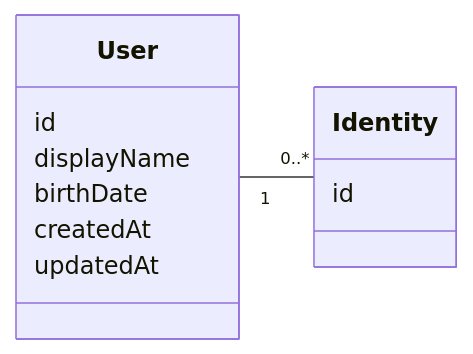
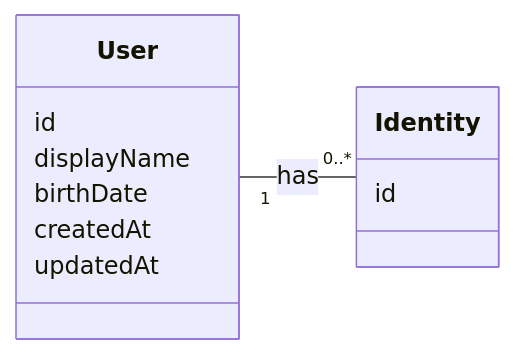
One commit to qkitzero/user-service changed the first of 2 diagrams in README.md. Above: the diagram before and after it, drawn with Mermaid. The commit also changed other lines of this file and 6 other files, not shown here.

````diff
--- a/README.md
+++ b/README.md
@@ -19,18 +19,18 @@
 ```mermaid
 classDiagram
     direction LR
 
     class User {
         id
         displayName
         birthDate
         createdAt
         updatedAt
     }
 
     class Identity {
         id
     }
 
-    User "1" -- "0..*" Identity
+    User "1" -- "0..*" Identity : has
 ```
````
